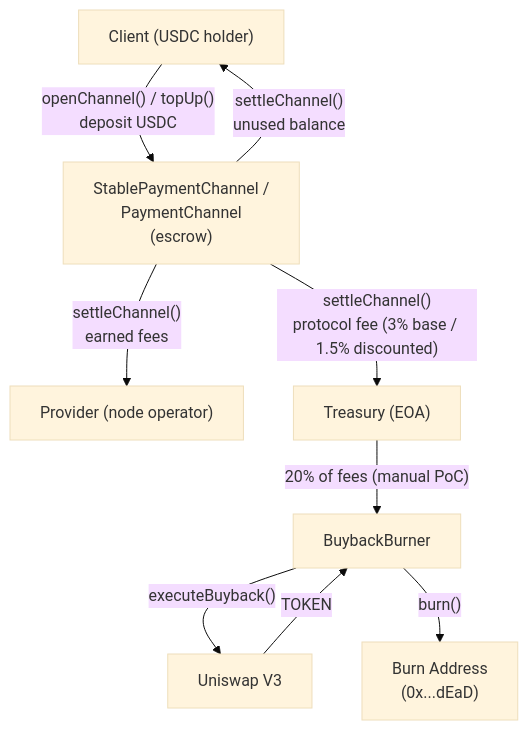
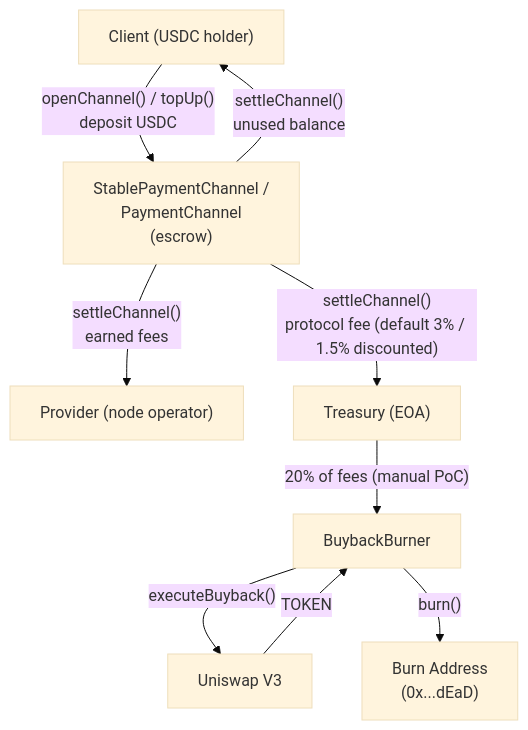
Before and after one commit to decdn/decdn: the third of 4 diagrams in adr/016-contract-interactions.md, drawn with Mermaid (base theme). The commit also changed other lines of this file, not shown here.

````diff
--- a/adr/016-contract-interactions.md
+++ b/adr/016-contract-interactions.md
@@ -148,19 +149,19 @@
 ```mermaid
 flowchart TD
     Client["Client (USDC holder)"]
     SPC["StablePaymentChannel /<br/>PaymentChannel<br/>(escrow)"]
     Provider["Provider (node operator)"]
     Treasury["Treasury (EOA)"]
     BB["BuybackBurner"]
     UNI["Uniswap V3"]
     BURN["Burn Address<br/>(0x...dEaD)"]
 
     Client -->|"openChannel() / topUp()<br/>deposit USDC"| SPC
     SPC -->|"settleChannel()<br/>earned fees"| Provider
-    SPC -->|"settleChannel()<br/>protocol fee (3% base / 1.5% discounted)"| Treasury
+    SPC -->|"settleChannel()<br/>protocol fee (default 3% / 1.5% discounted)"| Treasury
     SPC -->|"settleChannel()<br/>unused balance"| Client
     Treasury -->|"20% of fees (manual PoC)"| BB
     BB -->|"executeBuyback()"| UNI
     UNI -->|"TOKEN"| BB
     BB -->|"burn()"| BURN
 ```
````
